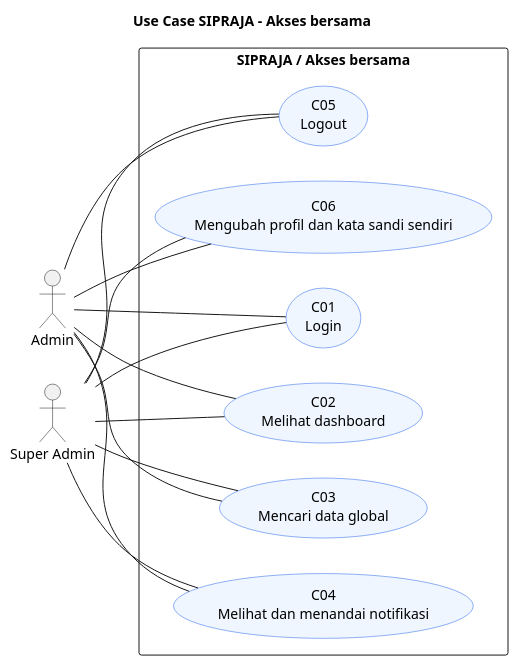
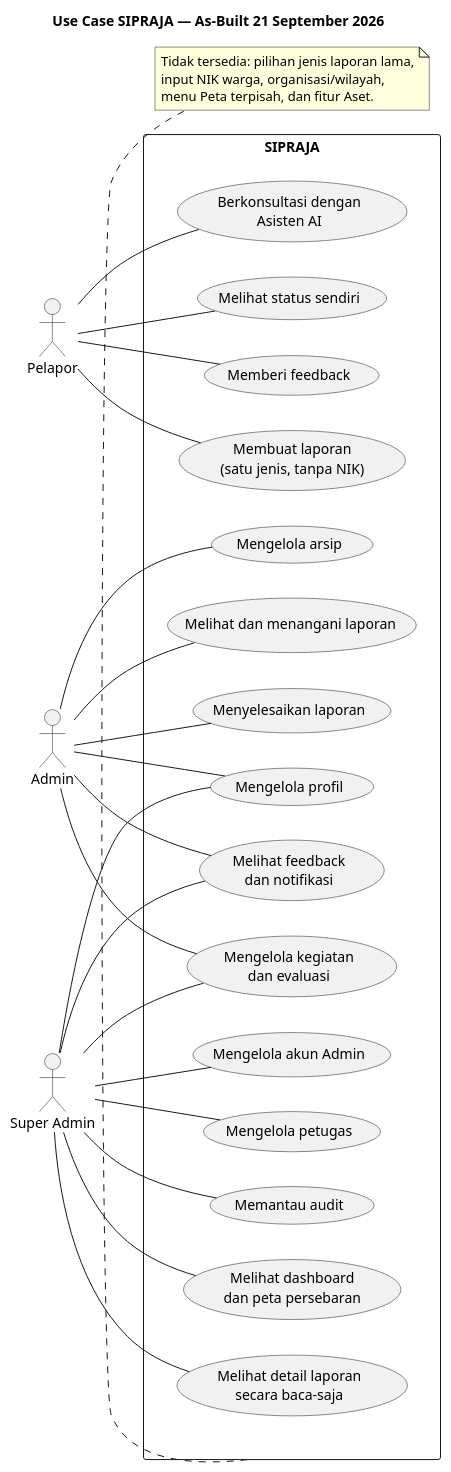
Before and after one commit to Samuel-smr/Satpolpp: the diagram in docs/SIPRAJA-use-case.puml, drawn with PlantUML. The commit also changed other lines of this file and 91 other files, not shown here.

Commit message:
Sederhanakan fitur dan perkuat keamanan sistem

```diff
--- a/docs/SIPRAJA-use-case.puml
+++ b/docs/SIPRAJA-use-case.puml
@@ -26,32 +1,54 @@
-@startuml SIPRAJA_2
+@startuml
+title Use Case SIPRAJA — As-Built 21 September 2026
 left to right direction
-skinparam packageStyle rectangle
-skinparam shadowing false
-skinparam usecase {
-  BackgroundColor #EFF6FF
-  BorderColor #2563EB
+actor Pelapor
+actor Admin
+actor "Super Admin" as SuperAdmin
+
+rectangle SIPRAJA {
+  usecase "Membuat laporan\n(satu jenis, tanpa NIK)" as UC1
+  usecase "Berkonsultasi dengan\nAsisten AI" as UC2
+  usecase "Melihat status sendiri" as UC3
+  usecase "Memberi feedback" as UC4
+
+  usecase "Melihat dan menangani laporan" as UC5
+  usecase "Menyelesaikan laporan" as UC6
+  usecase "Mengelola kegiatan\ndan evaluasi" as UC7
+  usecase "Mengelola arsip" as UC8
+  usecase "Melihat feedback\ndan notifikasi" as UC9
+
+  usecase "Melihat dashboard\ndan peta persebaran" as UC10
+  usecase "Melihat detail laporan\nsecara baca-saja" as UC11
+  usecase "Mengelola akun Admin" as UC12
+  usecase "Mengelola petugas" as UC13
+  usecase "Memantau audit" as UC14
+  usecase "Mengelola profil" as UC15
 }
-title Use Case SIPRAJA - Akses bersama
-actor "Admin" as ACTOR0
-actor "Super Admin" as ACTOR1
-rectangle "SIPRAJA / Akses bersama" {
-  usecase "C01\nLogin" as C01
-  usecase "C02\nMelihat dashboard" as C02
-  usecase "C03\nMencari data global" as C03
-  usecase "C04\nMelihat dan menandai notifikasi" as C04
-  usecase "C05\nLogout" as C05
-  usecase "C06\nMengubah profil dan kata sandi sendiri" as C06
-}
-ACTOR0 -- C01
-ACTOR1 -- C01
-ACTOR0 -- C02
-ACTOR1 -- C02
-ACTOR0 -- C03
-ACTOR1 -- C03
-ACTOR0 -- C04
-ACTOR1 -- C04
-ACTOR0 -- C05
-ACTOR1 -- C05
-ACTOR0 -- C06
-ACTOR1 -- C06
+
+Pelapor -- UC1
+Pelapor -- UC2
+Pelapor -- UC3
+Pelapor -- UC4
+
+Admin -- UC5
+Admin -- UC6
+Admin -- UC7
+Admin -- UC8
+Admin -- UC9
+Admin -- UC15
+
+SuperAdmin -- UC7
+SuperAdmin -- UC9
+SuperAdmin -- UC10
+SuperAdmin -- UC11
+SuperAdmin -- UC12
+SuperAdmin -- UC13
+SuperAdmin -- UC14
+SuperAdmin -- UC15
+
+note bottom of SIPRAJA
+  Tidak tersedia: pilihan jenis laporan lama,
+  input NIK warga, organisasi/wilayah,
+  menu Peta terpisah, dan fitur Aset.
+end note
 @enduml
```
